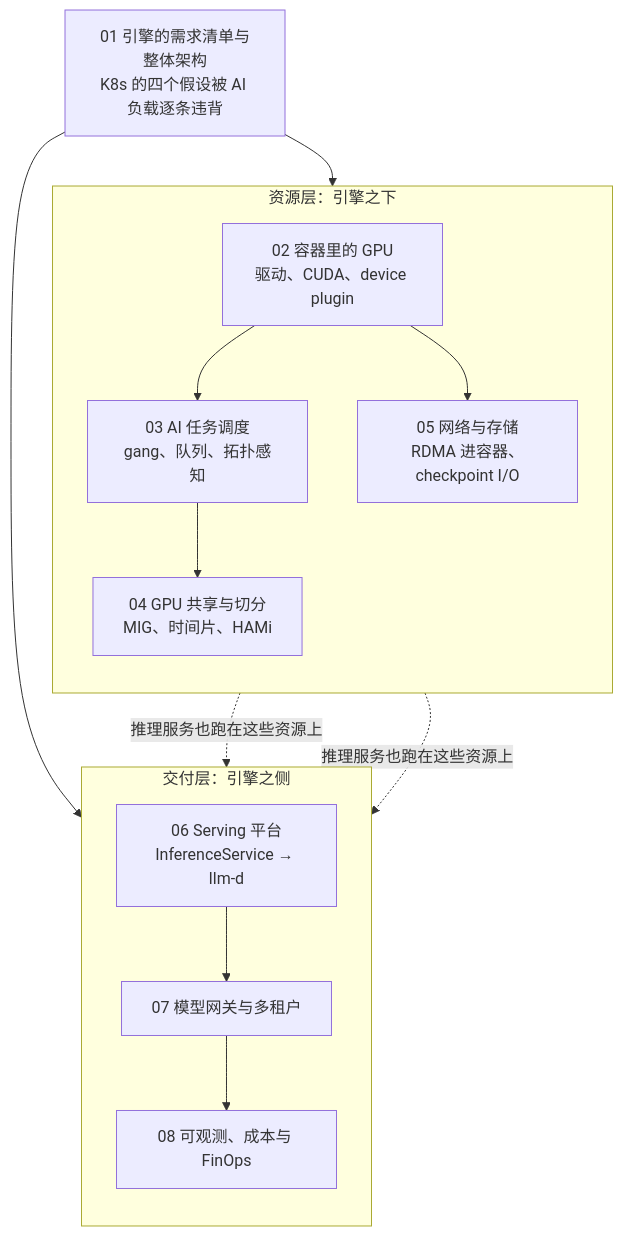
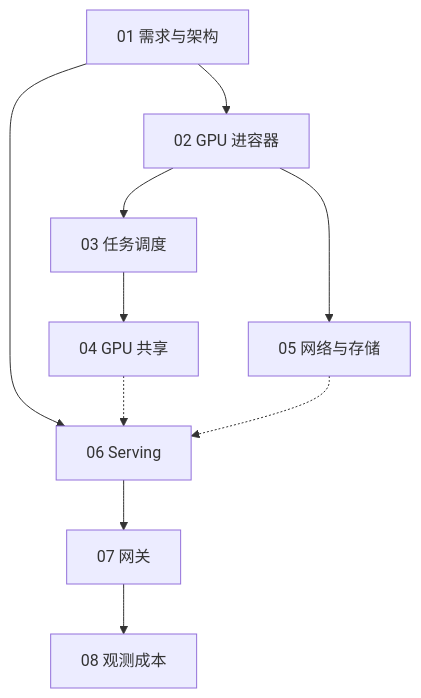
One commit to arganzheng/arganzheng.github.com changed the diagram in slides/2026-09-22-ai-platform-engineering.md. Above: the diagram before and after it, drawn with Mermaid.

Commit message:
slides/ai-platform-engineering: cut/shorten mermaid diagrams below 14px rendered text (check-render smalltext/overlap)

````diff
--- a/slides/2026-09-22-ai-platform-engineering.md
+++ b/slides/2026-09-22-ai-platform-engineering.md
@@ -35,17 +35,11 @@
 ```mermaid
 %%{init: {"flowchart": {"wrappingWidth": 160}}}%%
 flowchart TB
-    P1["01 引擎的需求清单与整体架构<br/>K8s 的四个假设被 AI 负载逐条违背"]
-    subgraph RES["资源层：引擎之下"]
-        direction TB
-        P2["02 容器里的 GPU<br/>驱动、CUDA、device plugin"] --> P3["03 AI 任务调度<br/>gang、队列、拓扑感知"] --> P4["04 GPU 共享与切分<br/>MIG、时间片、HAMi"]
-        P2 --> P5["05 网络与存储<br/>RDMA 进容器、checkpoint I/O"]
-    end
-    subgraph DEL["交付层：引擎之侧"]
-        direction TB
-        P6["06 Serving 平台<br/>InferenceService → llm-d"] --> P7["07 模型网关与多租户"] --> P8["08 可观测、成本与 FinOps"]
-    end
+    P1["01 需求与架构"]
+    P2["02 GPU 进容器"] --> P3["03 任务调度"] --> P4["04 GPU 共享"]
+    P2 --> P5["05 网络与存储"]
+    P6["06 Serving"] --> P7["07 网关"] --> P8["08 观测成本"]
     P1 --> P2
     P1 --> P6
-    P4 & P5 -. "推理服务也跑在这些资源上" .-> P6
+    P4 & P5 -.-> P6
 ```
````
